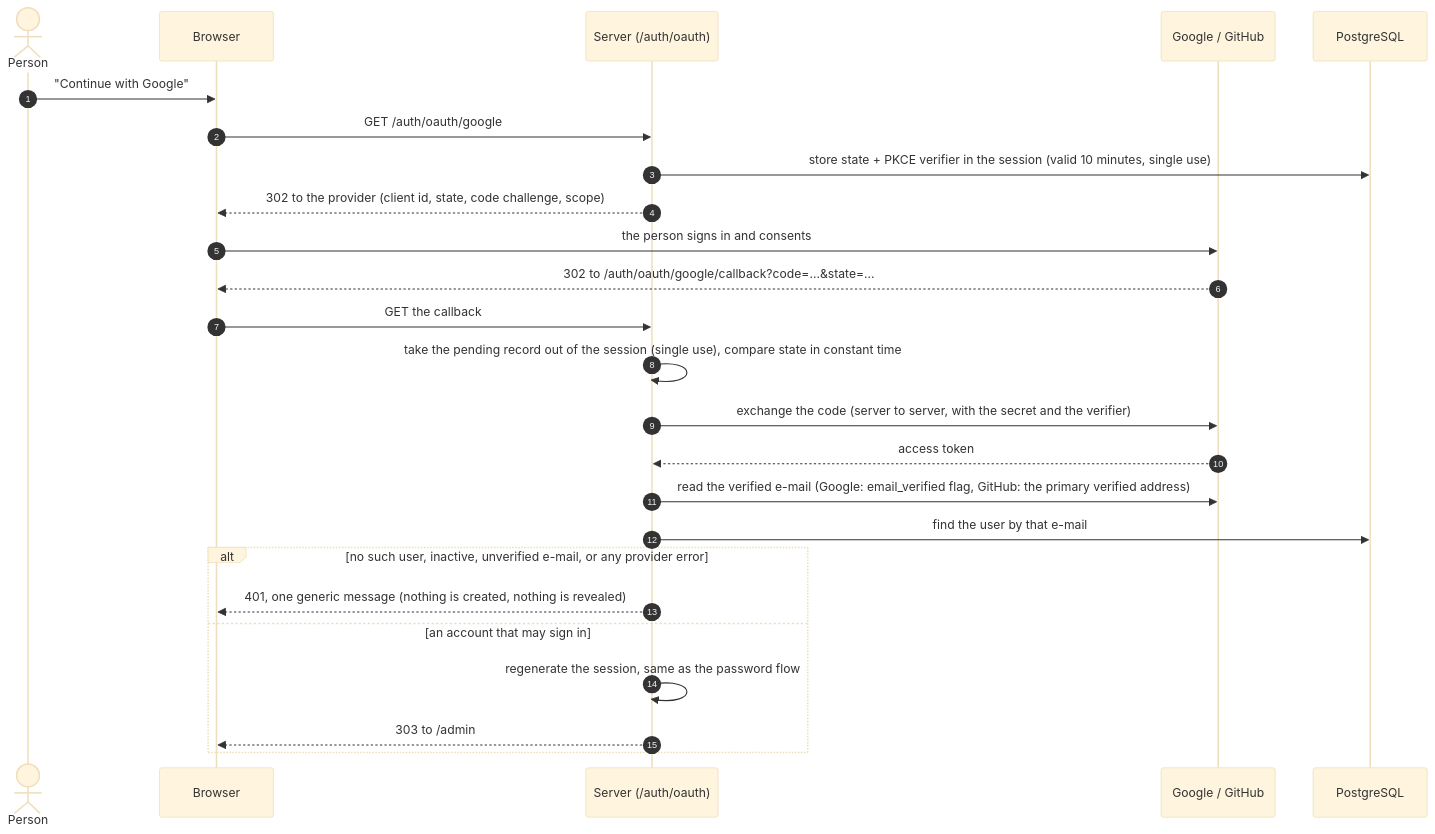
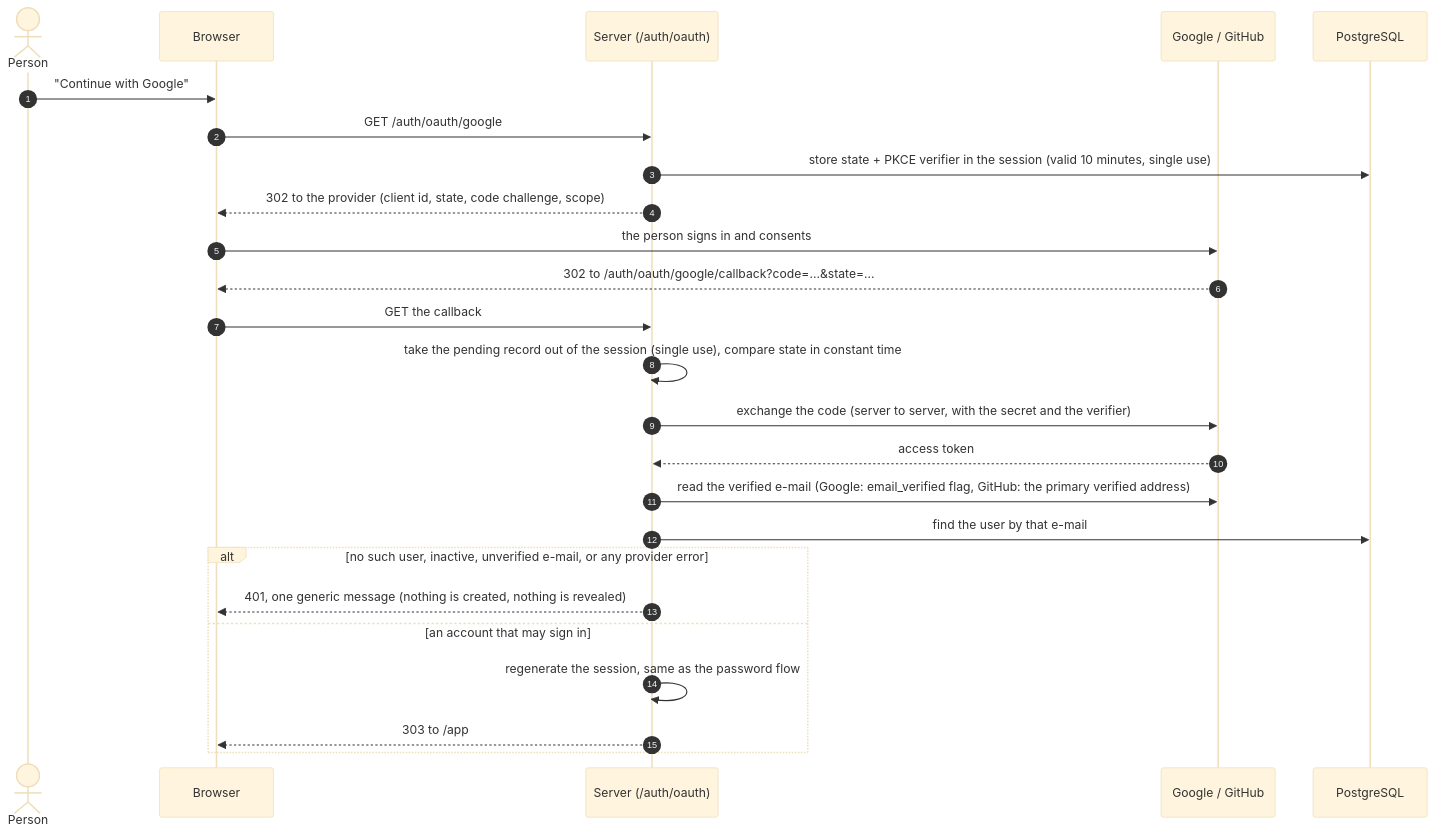
The second of 3 diagrams in docs/authentication.md (vasilykamenev/ticket-tracker), drawn with Mermaid (base theme) before and after one commit. The commit also changed other lines of this file and 16 other files, not shown here.

First line of the commit message:
feat: move the application root path from /admin to /app

````diff
--- a/docs/authentication.md
+++ b/docs/authentication.md
@@ -74,28 +74,28 @@
 ```mermaid
 sequenceDiagram
     autonumber
     actor P as Person
     participant B as Browser
     participant S as Server (/auth/oauth)
     participant IdP as Google / GitHub
     participant DB as PostgreSQL
 
     P->>B: "Continue with Google"
     B->>S: GET /auth/oauth/google
     S->>DB: store state + PKCE verifier in the session (valid 10 minutes, single use)
     S-->>B: 302 to the provider (client id, state, code challenge, scope)
     B->>IdP: the person signs in and consents
     IdP-->>B: 302 to /auth/oauth/google/callback?code=...&state=...
     B->>S: GET the callback
     S->>S: take the pending record out of the session (single use), compare state in constant time
     S->>IdP: exchange the code (server to server, with the secret and the verifier)
     IdP-->>S: access token
     S->>IdP: read the verified e-mail (Google: email_verified flag, GitHub: the primary verified address)
     S->>DB: find the user by that e-mail
     alt no such user, inactive, unverified e-mail, or any provider error
         S-->>B: 401, one generic message (nothing is created, nothing is revealed)
     else an account that may sign in
         S->>S: regenerate the session, same as the password flow
-        S-->>B: 303 to /admin
+        S-->>B: 303 to /app
     end
 ```
````
